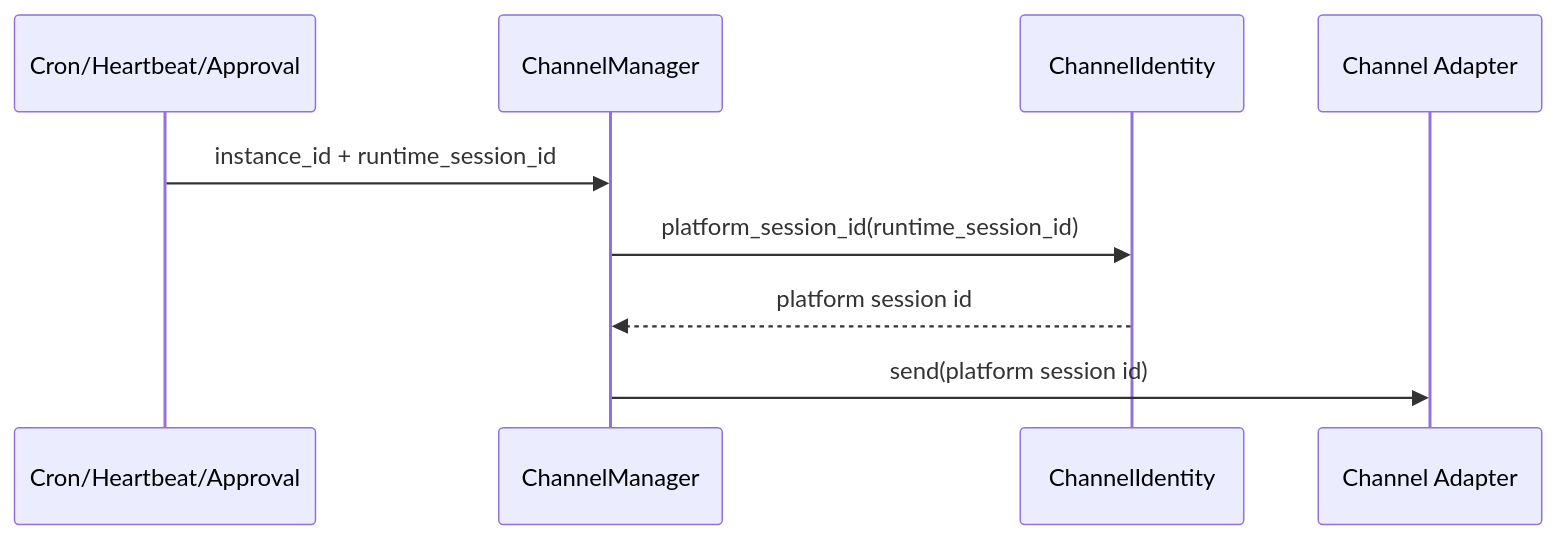
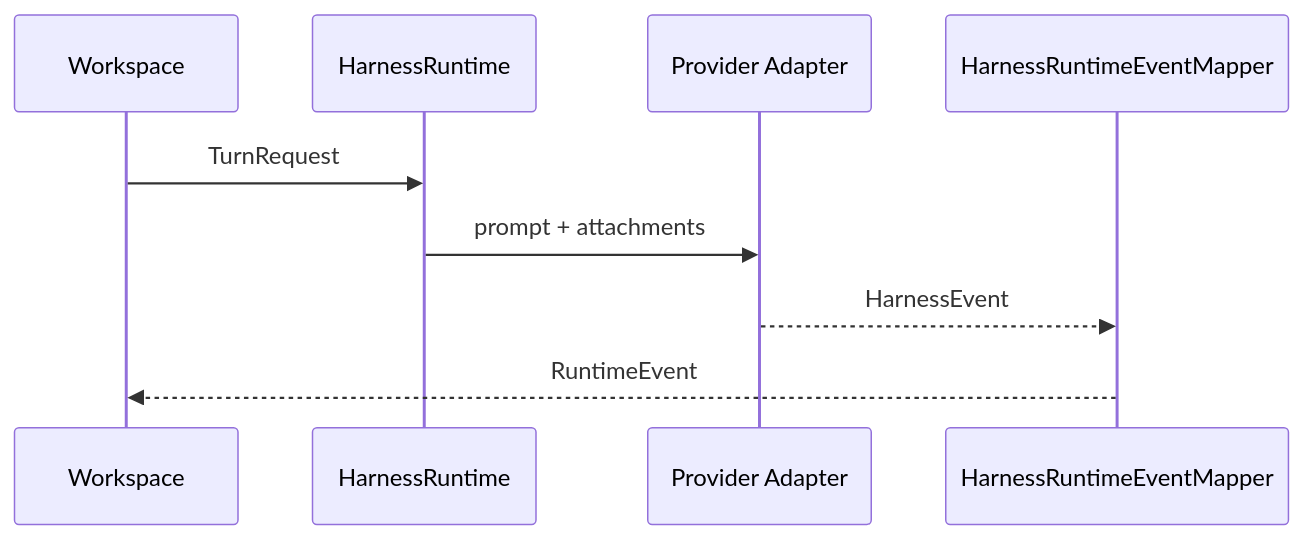
One commit to zhijianma/CoPaw changed the fifth of 5 diagrams in docs/design/channel-agent-runtime-v5.md. Above: the diagram before and after it, drawn with Mermaid. The commit also changed other lines of this file and 80 other files, not shown here.

Commit message:
refactor: remove legacy channel runtime bridges

````diff
--- a/docs/design/channel-agent-runtime-v5.md
+++ b/docs/design/channel-agent-runtime-v5.md
@@ -360,12 +216,12 @@
 ```mermaid
 sequenceDiagram
-    participant J as Cron/Heartbeat/Approval
-    participant M as ChannelManager
-    participant I as ChannelIdentity
-    participant A as Channel Adapter
+    participant W as Workspace
+    participant H as HarnessRuntime
+    participant A as Provider Adapter
+    participant M as HarnessRuntimeEventMapper
 
-    J->>M: instance_id + runtime_session_id
-    M->>I: platform_session_id(runtime_session_id)
-    I-->>M: platform session id
-    M->>A: send(platform session id)
+    W->>H: TurnRequest
+    H->>A: prompt + attachments
+    A-->>M: HarnessEvent
+    M-->>W: RuntimeEvent
 ```
````
